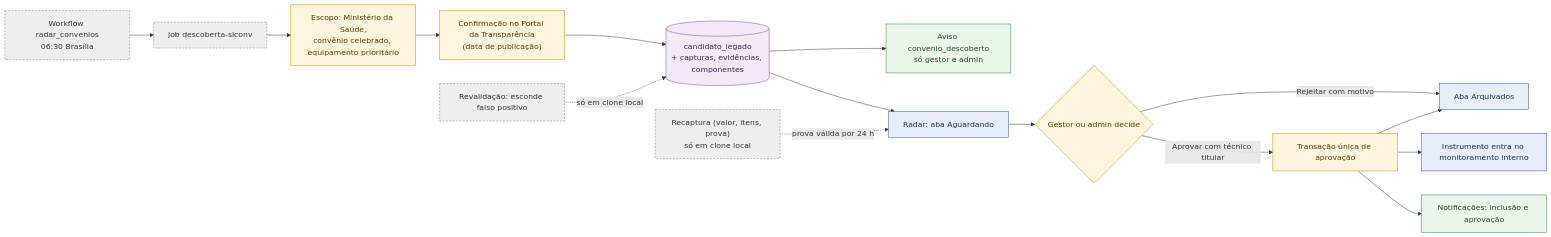
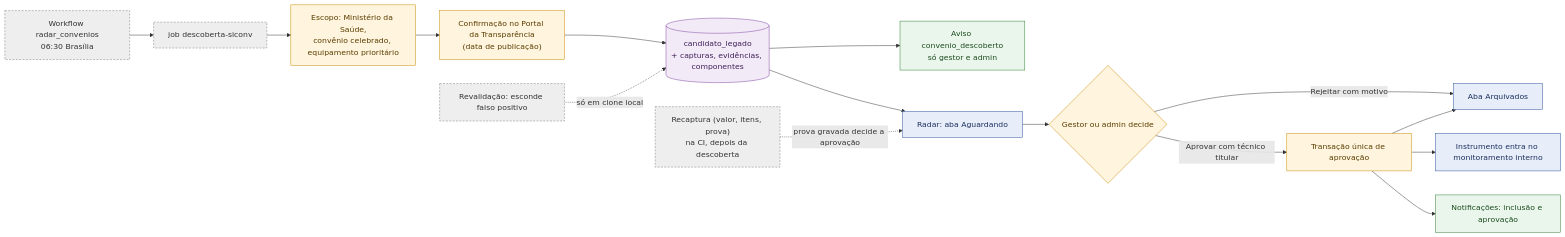
Before and after one commit to devs-ministerio/par_equipamentos: the first of 21 diagrams in docs/mermaid/radar-instrumentos.md, drawn with Mermaid. The commit also changed other lines of this file and 6 other files, not shown here.

Commit message:
docs: corrige mapas Mermaid segundo a auditoria (Portal opcional, prova gravada, cardinalidades, rotas, jobs)

````diff
--- a/docs/mermaid/radar-instrumentos.md
+++ b/docs/mermaid/radar-instrumentos.md
@@ -11,23 +11,23 @@
 ```mermaid
 flowchart LR
     classDef job fill:#EEE,stroke:#777,color:#333,stroke-dasharray:4 3
     classDef tela fill:#E8EEF9,stroke:#2A4D9B,color:#1a2f5e
     classDef regra fill:#FFF4DD,stroke:#C98A00,color:#5a3d00
     classDef dado fill:#F3EAF7,stroke:#7B3FA0,color:#40205a
     classDef aviso fill:#EAF6EC,stroke:#2E7D32,color:#1b4d1e
 
     WF["Workflow radar_convenios<br/>06:30 Brasília"]:::job --> DESC["job descoberta-siconv"]:::job
     DESC --> ESC["Escopo: Ministério da Saúde,<br/>convênio celebrado, equipamento prioritário"]:::regra
     ESC --> PORTAL["Confirmação no Portal da Transparência<br/>(data de publicação)"]:::regra
     PORTAL --> BD[("candidato_legado<br/>+ capturas, evidências, componentes")]:::dado
     BD --> AV["Aviso convenio_descoberto<br/>só gestor e admin"]:::aviso
     BD --> FILA["Radar: aba Aguardando"]:::tela
-    REC["Recaptura (valor, itens, prova)<br/>só em clone local"]:::job -. "prova válida por 24 h" .-> FILA
+    REC["Recaptura (valor, itens, prova)<br/>na CI, depois da descoberta"]:::job -. "prova gravada decide a aprovação" .-> FILA
     REV["Revalidação: esconde falso positivo"]:::job -. "só em clone local" .-> BD
     FILA --> DEC{"Gestor ou admin decide"}:::regra
     DEC -->|"Rejeitar com motivo"| ARQ["Aba Arquivados"]:::tela
     DEC -->|"Aprovar com técnico titular"| TX["Transação única de aprovação"]:::regra
     TX --> MON["Instrumento entra no monitoramento interno"]:::tela
     TX --> ARQ
     TX --> N["Notificações: inclusão e aprovação"]:::aviso
 ```
````
